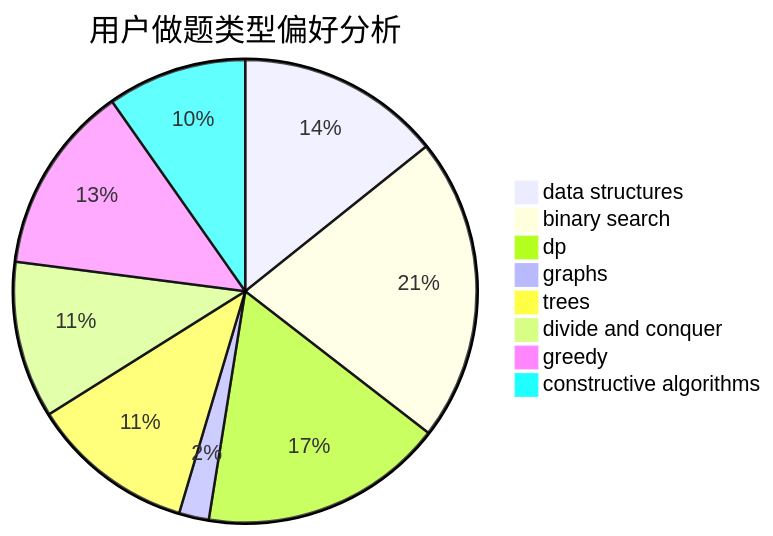
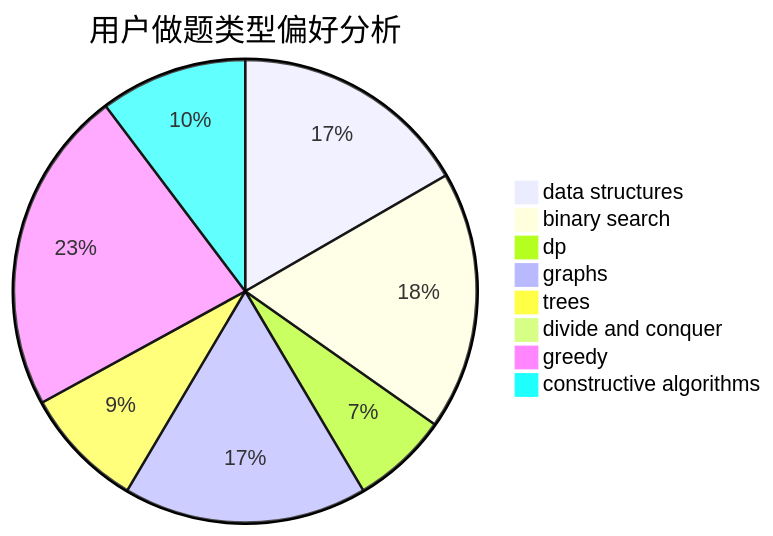
One commit to sherpahu/cfrs.github.io changed the second of 3 diagrams in docs/user/u992.md. Above: the diagram before and after it, drawn with Mermaid. The commit also changed other lines of this file and 2770 other files, not shown here.

````diff
--- a/docs/user/u992.md
+++ b/docs/user/u992.md
@@ -23,11 +23,11 @@
 ```mermaid
 pie title 用户做题类型偏好分析
-    "data structures" :  82
-    "binary search" :  122
-    "dp" :  98
-    "graphs" :  12
-    "trees" :  66
-    "divide and conquer" :  63
-    "greedy" :  76
-    "constructive algorithms" :  56
+    "data structures" :  47
+    "binary search" :  51
+    "dp" :  19
+    "graphs" :  48
+    "trees" :  24
+    "divide and conquer" :  0
+    "greedy" :  64
+    "constructive algorithms" :  29
 ```
````
